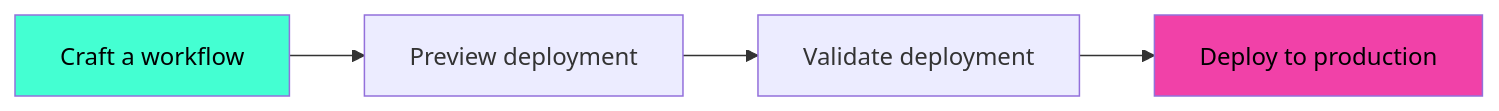
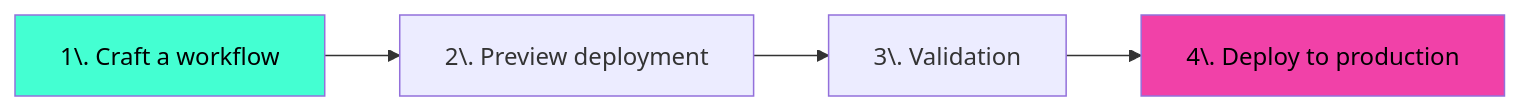
Before and after one commit to marcduiker/presentation-github-actions: the second of 2 diagrams in slides.md, drawn with Mermaid. The commit also changed other lines of this file and 3 other files, not shown here.

````diff
--- a/slides.md
+++ b/slides.md
@@ -176,14 +176,14 @@
 ```mermaid
 flowchart LR
-  crafting[Craft a workflow]
-  preview[Preview deployment]
-  validate[Validate deployment]
-  production[Deploy to production]
+  crafting[1\. Craft a workflow]
+  preview[2\. Preview deployment]
+  validate[3\. Validation]
+  production[4\. Deploy to production]
 
   classDef startClass fill:#44ffd2,color:black
   classDef endClass fill:#f141a8,color:black
 
   crafting:::startClass --> preview
   preview --> validate
   validate --> production:::endClass
 ```
````
